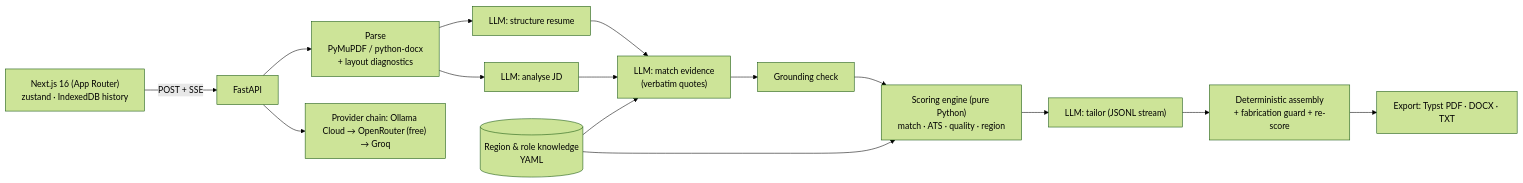
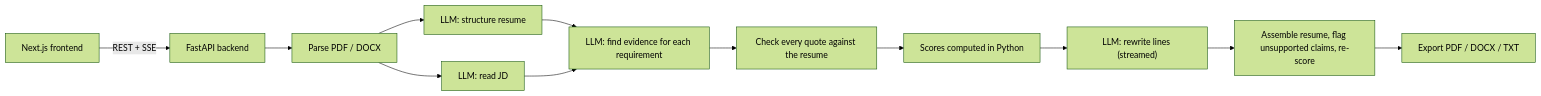
Before and after one commit to aayush110410/resume-customizer: the diagram in README.md, drawn with Mermaid (forest theme). The commit also changed other lines of this file and 44 other files, not shown here.

````diff
--- a/README.md
+++ b/README.md
@@ -68,12 +70,12 @@
 ```mermaid
 flowchart LR
-  UI["Next.js 16 (App Router)<br/>zustand · IndexedDB history"] -- "POST + SSE" --> API["FastAPI"]
-  API --> P["Parse<br/>PyMuPDF / python-docx<br/>+ layout diagnostics"]
-  P --> X1["LLM: structure resume"] & X2["LLM: analyse JD"]
-  X1 & X2 --> M["LLM: match evidence<br/>(verbatim quotes)"]
-  M --> G["Grounding check"] --> S["Scoring engine (pure Python)<br/>match · ATS · quality · region"]
-  K[("Region & role knowledge<br/>YAML")] --> M & S
-  S --> T["LLM: tailor (JSONL stream)"] --> A["Deterministic assembly<br/>+ fabrication guard + re-score"]
-  A --> E["Export: Typst PDF · DOCX · TXT"]
-  API --> L["Provider chain: Ollama Cloud → OpenRouter (free) → Groq"]
+  UI["Next.js frontend"] -- "REST + SSE" --> API["FastAPI backend"]
+  API --> P["Parse PDF / DOCX"]
+  P --> R["LLM: structure resume"] & J["LLM: read JD"]
+  R & J --> M["LLM: find evidence for each requirement"]
+  M --> V["Check every quote against the resume"]
+  V --> S["Scores computed in Python"]
+  S --> T["LLM: rewrite lines (streamed)"]
+  T --> G["Assemble resume, flag unsupported claims, re-score"]
+  G --> E["Export PDF / DOCX / TXT"]
 ```
````
